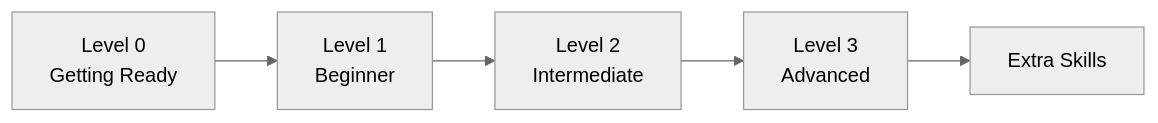
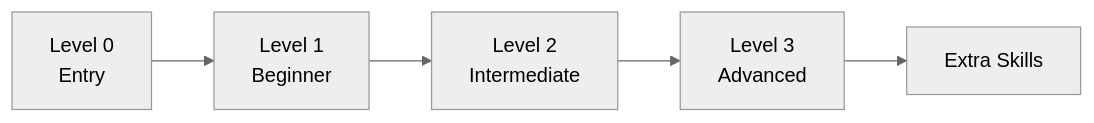
Before and after one commit to Omar113650/road_map-node-js-: the diagram in README.md, drawn with Mermaid (neutral theme). The commit also changed other lines of this file, not shown here.

````diff
--- a/README.md
+++ b/README.md
@@ -36,7 +37,7 @@
 ```mermaid
 flowchart LR
-    A["Level 0<br/>Getting Ready"] --> B["Level 1<br/>Beginner"]
+    A["Level 0<br/>Entry"] --> B["Level 1<br/>Beginner"]
     B --> C["Level 2<br/>Intermediate"]
     C --> D["Level 3<br/>Advanced"]
     D --> E["Extra Skills"]
 ```
````
